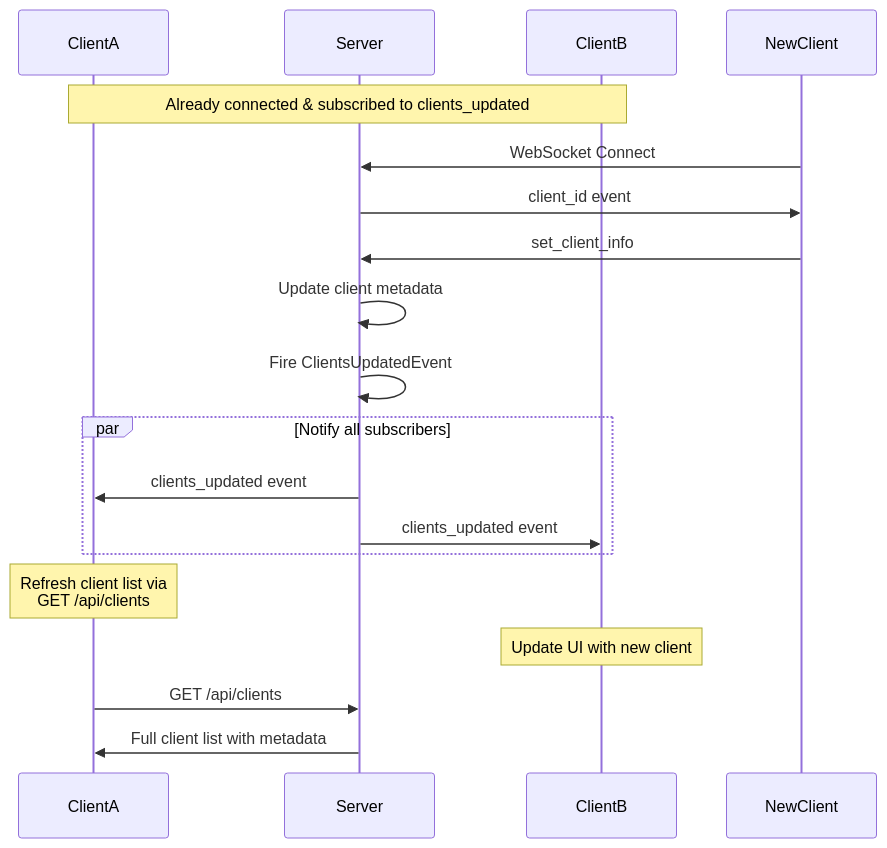
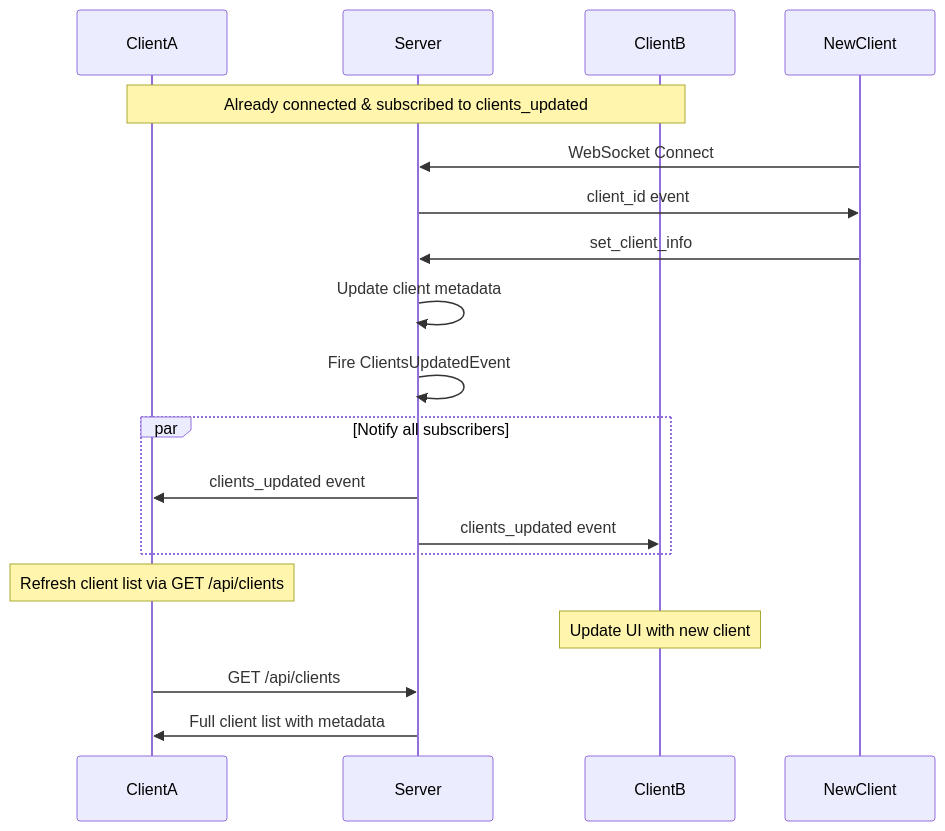
Before and after one commit to LedFx/LedFx: the fifth of 8 diagrams in docs/developer/websocket_client_examples.md, drawn with Mermaid. The commit also changed other lines of this file and 10 other files, not shown here.

````diff
--- a/docs/developer/websocket_client_examples.md
+++ b/docs/developer/websocket_client_examples.md
@@ -447,26 +447,26 @@
-```{mermaid}
+```mermaid
 sequenceDiagram
     participant ClientA
     participant Server
     participant ClientB
     participant NewClient
 
     Note over ClientA,ClientB: Already connected & subscribed to clients_updated
 
     NewClient->>Server: WebSocket Connect
     Server->>NewClient: client_id event
     NewClient->>Server: set_client_info
     Server->>Server: Update client metadata
     Server->>Server: Fire ClientsUpdatedEvent
 
     par Notify all subscribers
         Server->>ClientA: clients_updated event
         Server->>ClientB: clients_updated event
     end
 
-    Note over ClientA: Refresh client list via<br/>GET /api/clients
+    Note over ClientA: Refresh client list via GET /api/clients
     Note over ClientB: Update UI with new client
 
     ClientA->>Server: GET /api/clients
     Server->>ClientA: Full client list with metadata
 ```
````
